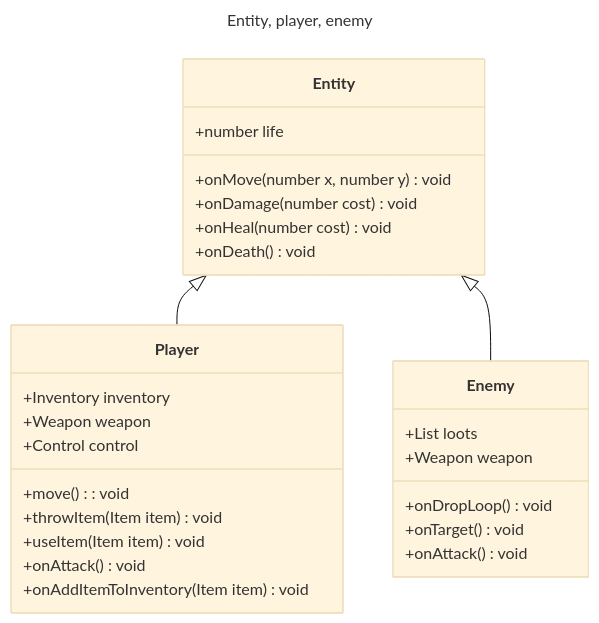
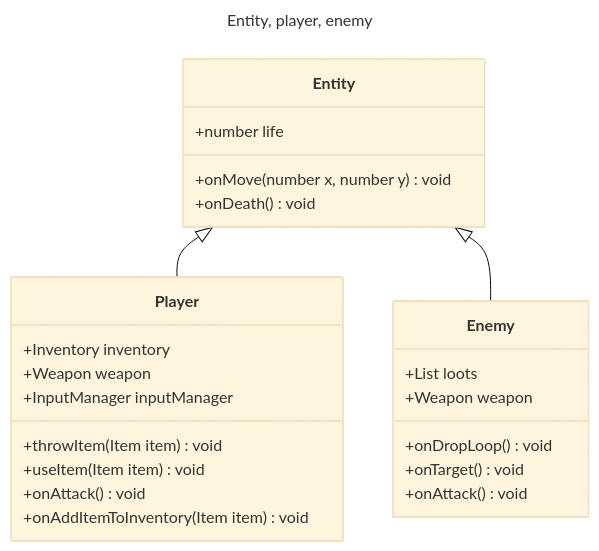
One commit to platypus-production/Pirate-GJ-15 changed the third of 3 diagrams in docs/Pirate Jam/Game Design Document.md. Above: the diagram before and after it, drawn with Mermaid (base theme). The commit also changed other lines of this file, not shown here.

````diff
--- a/docs/Pirate Jam/Game Design Document.md
+++ b/docs/Pirate Jam/Game Design Document.md
@@ -173,58 +174,51 @@
 ```mermaid
 ---
 title: Entity, player, enemy
 ---
 classDiagram
 
 Entity <|-- Player
 
 Entity <|-- Enemy
 
   
 
 class Entity {
 
 +number life
 
 +onMove(number x, number y) void
 
-+onDamage(number cost) void
-
-+onHeal(number cost) void
-
 +onDeath() void
 
 }
 
   
 
 class Player {
 
 +Inventory inventory
 
 +Weapon weapon
 
-+Control control
-
-+move(): void
++InputManager inputManager
 
 +throwItem(Item item) void
 +useItem(Item item) void
 +onAttack() void
-
 +onAddItemToInventory(Item item) void
 
 }
 
   
 
 class Enemy {
 
 +List<Item> loots
 +Weapon weapon
 
 +onDropLoop() void
 +onTarget() void
 +onAttack() void
 }
 ```
````
